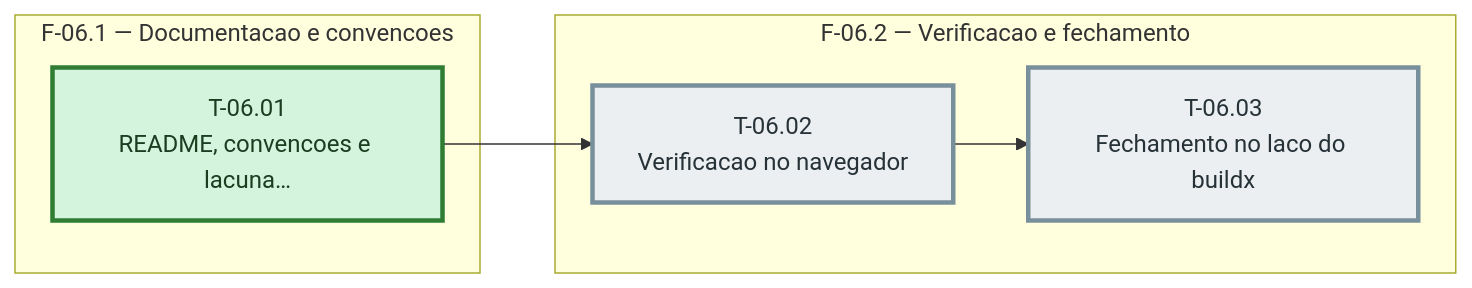
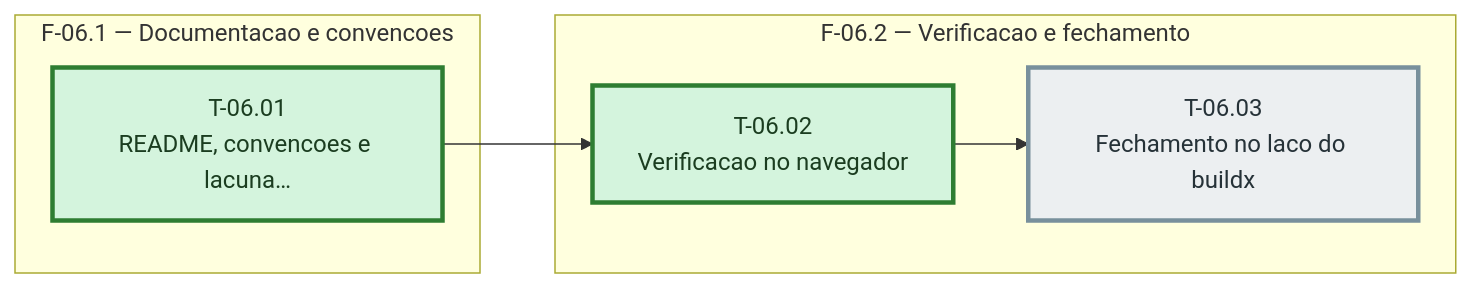
Before and after one commit to bittencourtthulio/converse-chatbot: the diagram in docs/sessao-e-acesso-endurecidos/sprint-06/fases.md, drawn with Mermaid. The commit also changed 2 other files, not shown here.

Commit message:
feat(FT-12): T-06.02 verificação no navegador

````diff
--- a/docs/sessao-e-acesso-endurecidos/sprint-06/fases.md
+++ b/docs/sessao-e-acesso-endurecidos/sprint-06/fases.md
@@ -31,24 +31,24 @@
 ```mermaid
 %% Grafo de tasks — sprint-06 — gerado pela sprintx a partir de tasks.md
 flowchart LR
   subgraph fase_06_1["F-06.1 — Documentacao e convencoes"]
     T_06_01["T-06.01<br/>README, convencoes e lacuna…"]
   end
   subgraph fase_06_2["F-06.2 — Verificacao e fechamento"]
     T_06_02["T-06.02<br/>Verificacao no navegador"]
     T_06_03["T-06.03<br/>Fechamento no laco do buildx"]
   end
   T_06_01 --> T_06_02
   T_06_02 --> T_06_03
 
   classDef concluida fill:#d4f4dd,stroke:#2e7d32,color:#1b3d20
   classDef andamento fill:#fff3cd,stroke:#b8860b,color:#4a3800
   classDef bloqueada fill:#f8d7da,stroke:#c62828,color:#4a1d1f
   classDef pendente  fill:#eceff1,stroke:#78909c,color:#263238
   classDef critico   stroke-width:3px
 
   class T_06_01 concluida
-  class T_06_02 pendente
+  class T_06_02 concluida
   class T_06_03 pendente
   class T_06_01,T_06_02,T_06_03 critico
 ```
````
